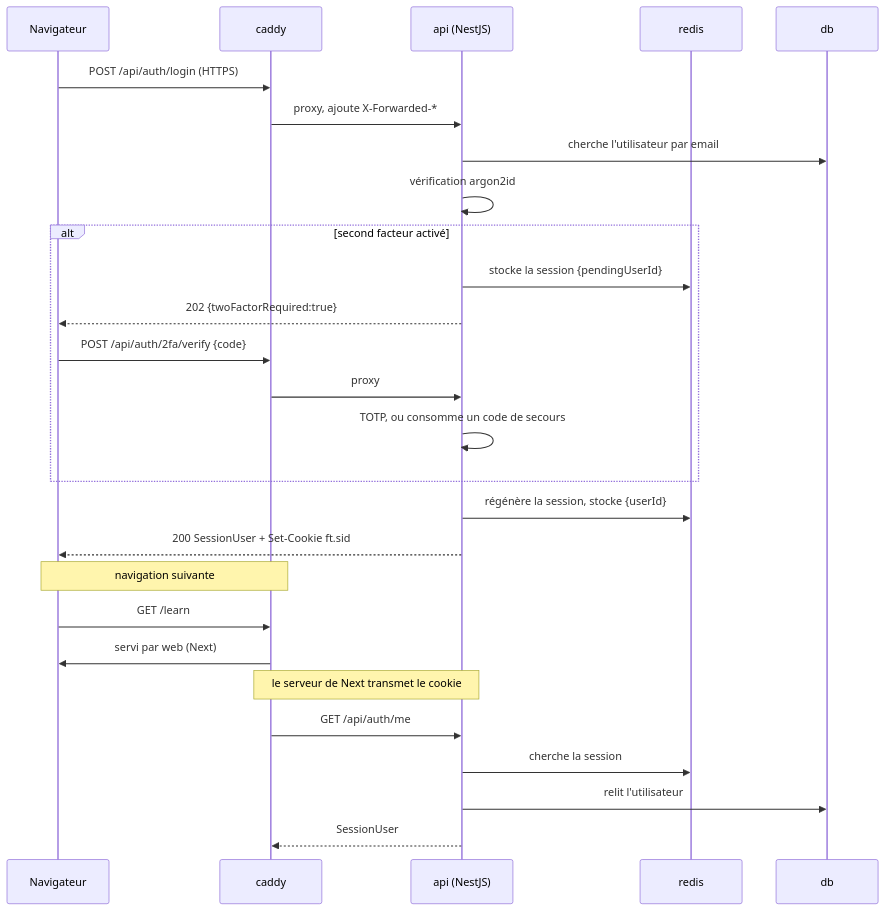
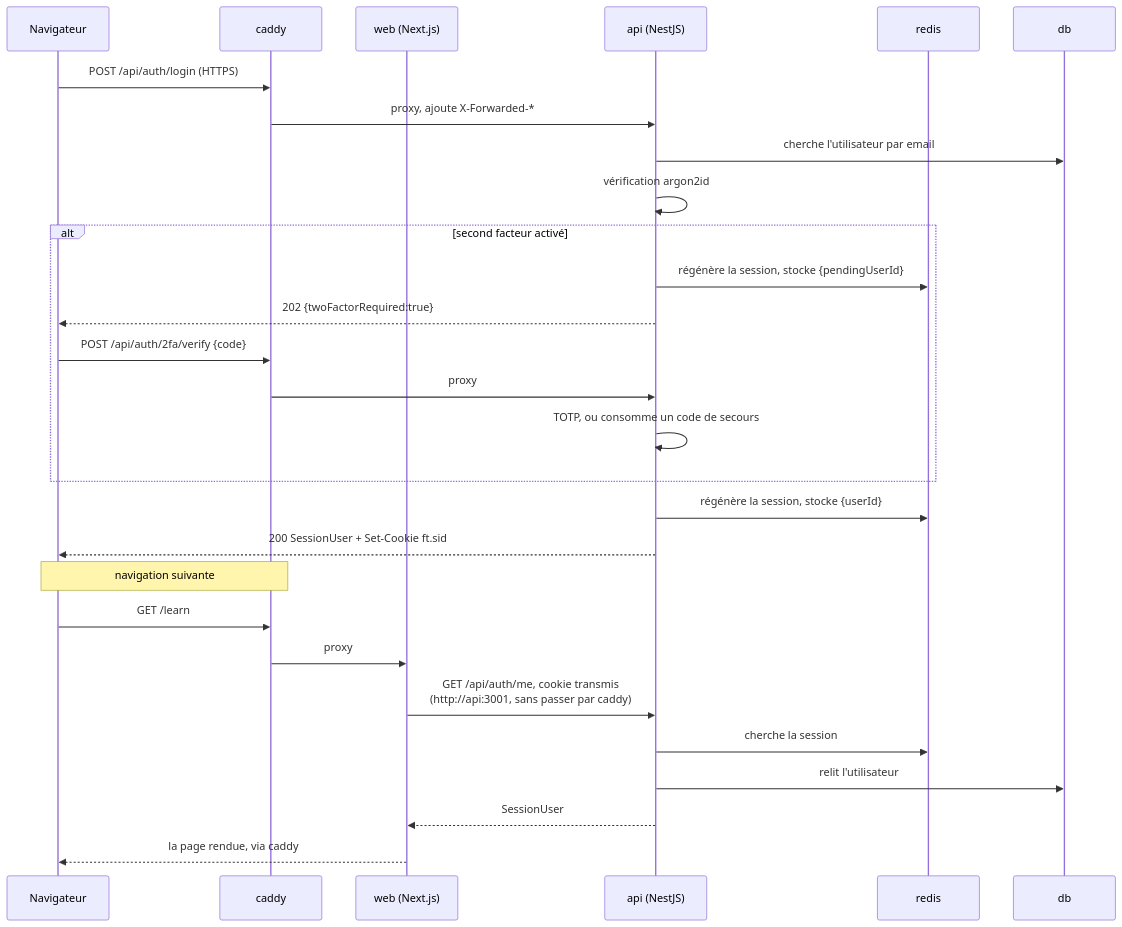
The second of 8 diagrams in docs-fr/architecture/overview.md (VictorBro/ft_transcendence), drawn with Mermaid before and after one commit. The commit also changed other lines of this file and 31 other files, not shown here.

````diff
--- a/docs-fr/architecture/overview.md
+++ b/docs-fr/architecture/overview.md
@@ -120,31 +120,32 @@
 ```mermaid
 sequenceDiagram
     participant B as Navigateur
     participant C as caddy
+    participant W as web (Next.js)
     participant A as api (NestJS)
     participant R as redis
     participant P as db
 
     B->>C: POST /api/auth/login (HTTPS)
     C->>A: proxy, ajoute X-Forwarded-*
     A->>P: cherche l'utilisateur par email
     A->>A: vérification argon2id
     alt second facteur activé
-        A->>R: stocke la session {pendingUserId}
+        A->>R: régénère la session, stocke {pendingUserId}
         A-->>B: 202 {twoFactorRequired:true}
         B->>C: POST /api/auth/2fa/verify {code}
         C->>A: proxy
         A->>A: TOTP, ou consomme un code de secours
     end
     A->>R: régénère la session, stocke {userId}
     A-->>B: 200 SessionUser + Set-Cookie ft.sid
 
     Note over B,C: navigation suivante
     B->>C: GET /learn
-    C->>B: servi par web (Next)
-    Note over C,A: le serveur de Next transmet le cookie
-    C->>A: GET /api/auth/me
+    C->>W: proxy
+    W->>A: GET /api/auth/me, cookie transmis<br/>(http://api:3001, sans passer par caddy)
     A->>R: cherche la session
     A->>P: relit l'utilisateur
-    A-->>C: SessionUser
+    A-->>W: SessionUser
+    W-->>B: la page rendue, via caddy
 ```
````
